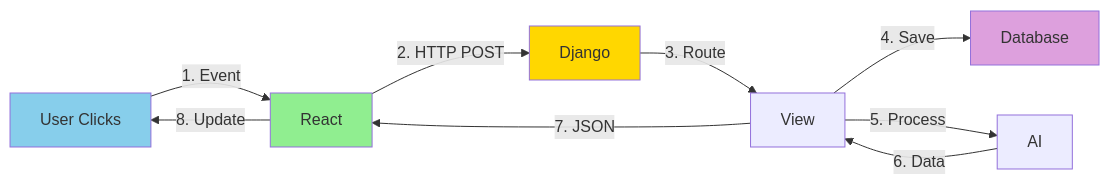
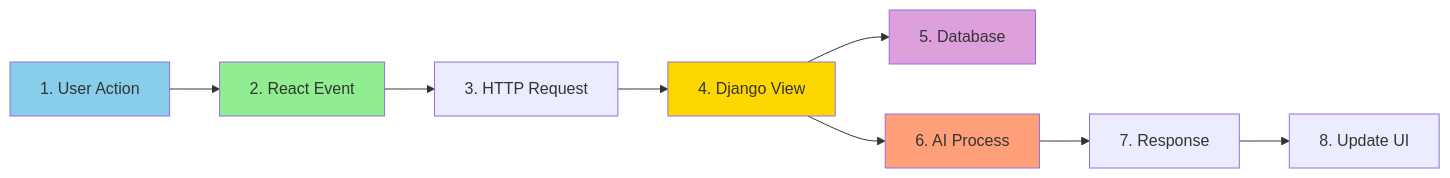
Before and after one commit to Alex-cmd-dev/Help2Study: the ninth of 10 diagrams in ARCHITECTURE.md, drawn with Mermaid. The commit also changed other lines of this file and 3 other files, not shown here.

````diff
--- a/ARCHITECTURE.md
+++ b/ARCHITECTURE.md
@@ -258,16 +244,16 @@
 ```mermaid
-graph LR
-    A[User Clicks] -->|1. Event| B[React]
-    B -->|2. HTTP POST| C[Django]
-    C -->|3. Route| D[View]
-    D -->|4. Save| E[Database]
-    D -->|5. Process| F[AI]
-    F -->|6. Data| D
-    D -->|7. JSON| B
-    B -->|8. Update| A
+flowchart LR
+    A[1. User Action] --> B[2. React Event]
+    B --> C[3. HTTP Request]
+    C --> D[4. Django View]
+    D --> E[5. Database]
+    D --> F[6. AI Process]
+    F --> G[7. Response]
+    G --> H[8. Update UI]
 
     style A fill:#87CEEB
     style B fill:#90EE90
-    style C fill:#FFD700
+    style D fill:#FFD700
     style E fill:#DDA0DD
+    style F fill:#FFA07A
 ```
````
